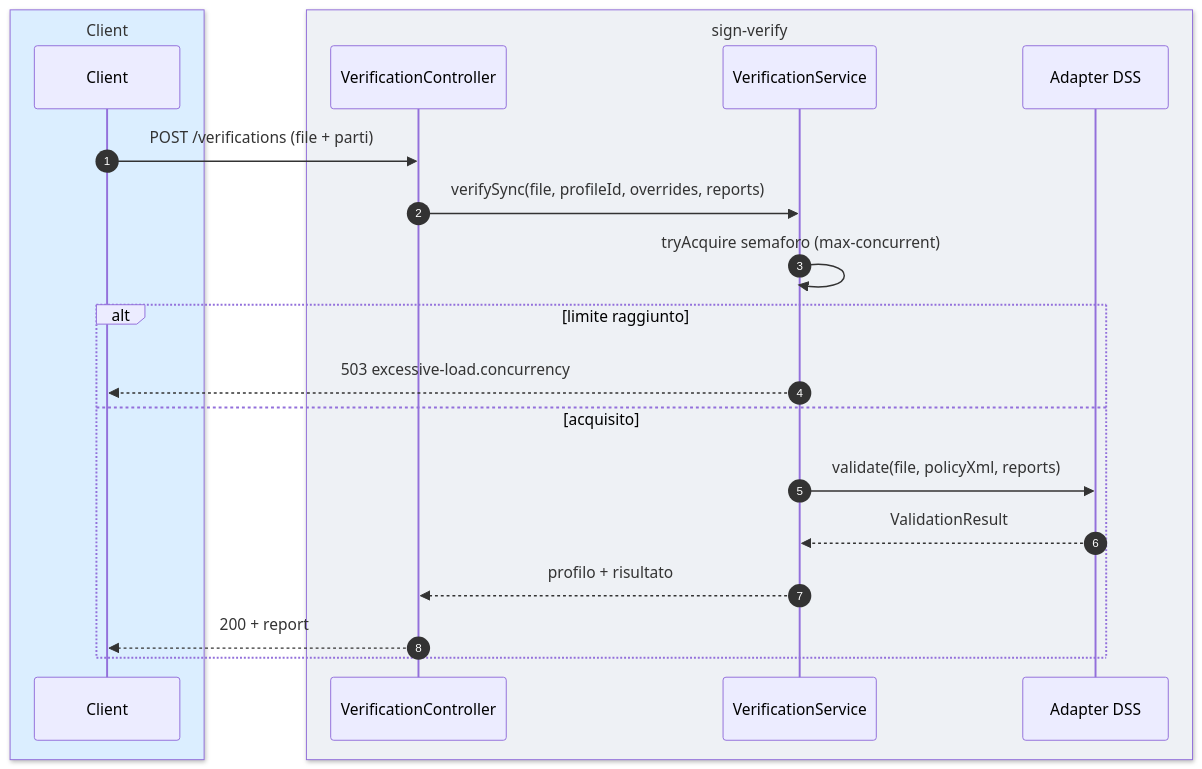
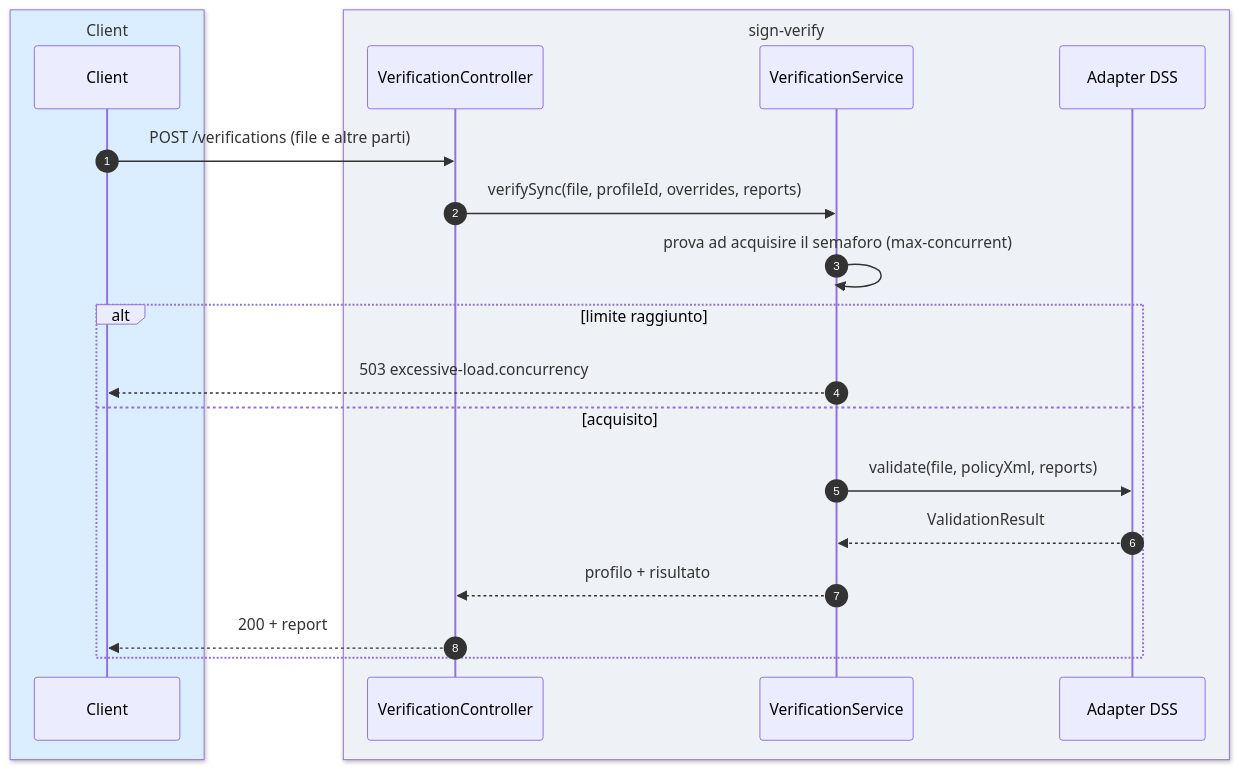
The second of 4 diagrams in docs/it/05-verifica-firme.md (toresoft/sign-verify), drawn with Mermaid before and after one commit. The commit also changed other lines of this file and 14 other files, not shown here.

````diff
--- a/docs/it/05-verifica-firme.md
+++ b/docs/it/05-verifica-firme.md
@@ -460,23 +467,23 @@
 ```mermaid
 sequenceDiagram
     autonumber
     box rgb(219,238,255) Client
     participant C as Client
     end
     box rgb(238,241,245) sign-verify
     participant V as VerificationController
     participant S as VerificationService
     participant D as Adapter DSS
     end
-    C->>V: POST /verifications (file + parti)
+    C->>V: POST /verifications (file e altre parti)
     V->>S: verifySync(file, profileId, overrides, reports)
-    S->>S: tryAcquire semaforo (max-concurrent)
+    S->>S: prova ad acquisire il semaforo (max-concurrent)
     alt limite raggiunto
         S-->>C: 503 excessive-load.concurrency
     else acquisito
         S->>D: validate(file, policyXml, reports)
         D-->>S: ValidationResult
         S-->>V: profilo + risultato
         V-->>C: 200 + report
     end
 ```
````
